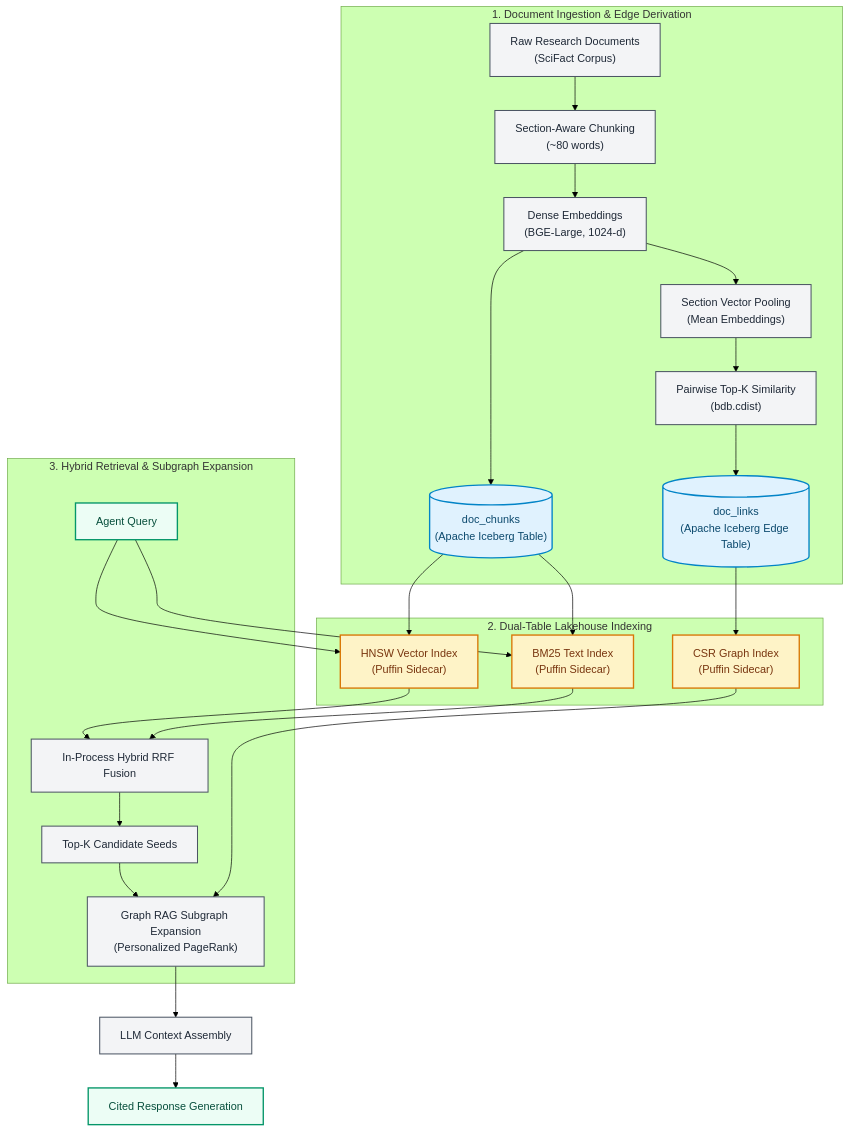
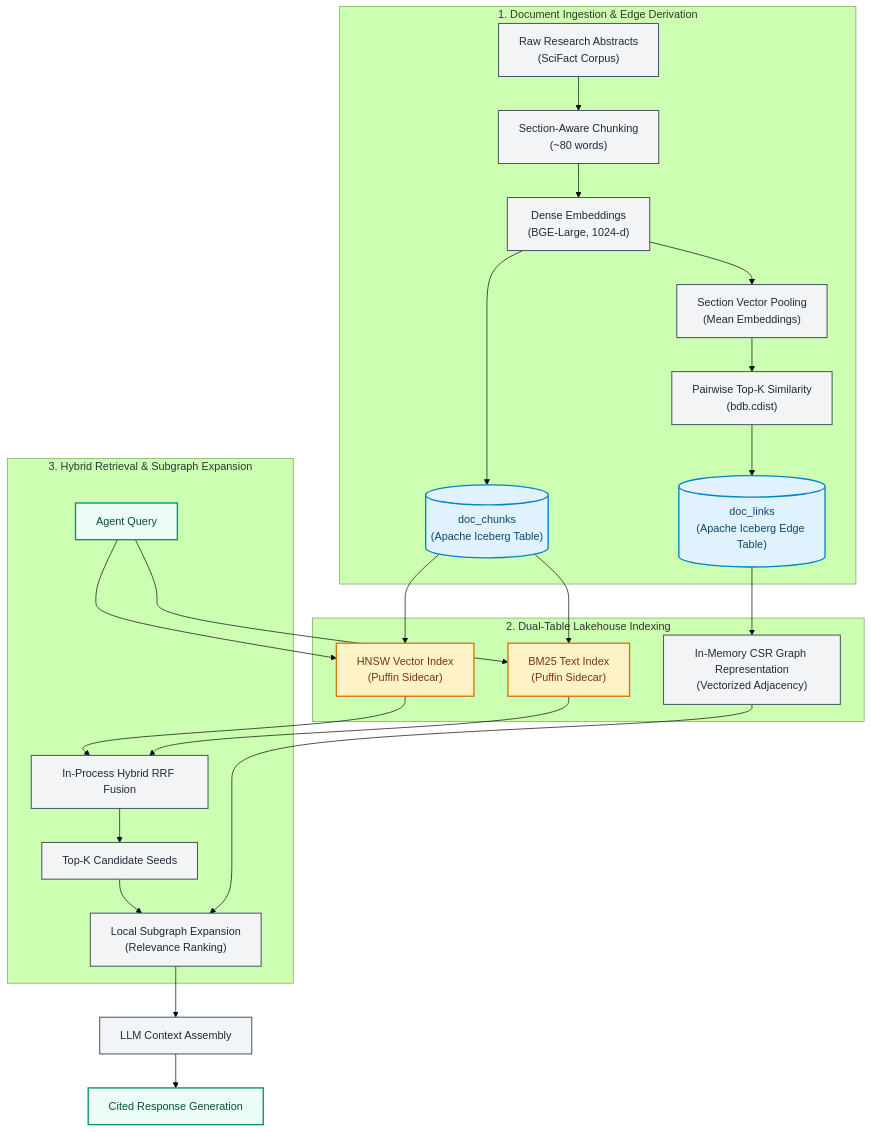
The diagram in blog/articles/2026-11-21_graph_rag_howto.md (benolabsai/benodb), drawn with Mermaid (forest theme) before and after one commit. The commit also changed other lines of this file and 3 other files, not shown here.

First line of the commit message:
docs: finalize Graph RAG tutorial and architecture series article 1

````diff
--- a/blog/articles/2026-11-21_graph_rag_howto.md
+++ b/blog/articles/2026-11-21_graph_rag_howto.md
@@ -1102,37 +1179,37 @@
 ```mermaid
 flowchart TD
     classDef table fill:#e0f2fe,stroke:#0284c7,stroke-width:2px,color:#0c4a6e;
     classDef sidecar fill:#fef3c7,stroke:#d97706,stroke-width:2px,color:#78350f;
     classDef compute fill:#f3f4f6,stroke:#4b5563,stroke-width:1.5px,color:#1f2937;
     classDef agent fill:#ecfdf5,stroke:#059669,stroke-width:2px,color:#064e3b;
 
     subgraph Ingestion ["1. Document Ingestion & Edge Derivation"]
-        A["Raw Research Documents<br/>(SciFact Corpus)"]:::compute --> B["Section-Aware Chunking<br/>(~80 words)"]:::compute
+        A["Raw Research Abstracts<br/>(SciFact Corpus)"]:::compute --> B["Section-Aware Chunking<br/>(~80 words)"]:::compute
         B --> C["Dense Embeddings<br/>(BGE-Large, 1024-d)"]:::compute
         C --> D[("doc_chunks<br/>(Apache Iceberg Table)")]:::table
         
         %% Edge Derivation
         C --> E1["Section Vector Pooling<br/>(Mean Embeddings)"]:::compute
         E1 --> E2["Pairwise Top-K Similarity<br/>(bdb.cdist)"]:::compute
         E2 --> E3[("doc_links<br/>(Apache Iceberg Edge Table)")]:::table
     end
     
     subgraph Indexing ["2. Dual-Table Lakehouse Indexing"]
         D --> F1["HNSW Vector Index<br/>(Puffin Sidecar)"]:::sidecar
         D --> F2["BM25 Text Index<br/>(Puffin Sidecar)"]:::sidecar
-        E3 --> G["CSR Graph Index<br/>(Puffin Sidecar)"]:::sidecar
+        E3 --> G["In-Memory CSR Graph Representation<br/>(Vectorized Adjacency)"]:::compute
     end
     
     subgraph Retrieval ["3. Hybrid Retrieval & Subgraph Expansion"]
         H["Agent Query"]:::agent --> F1
         H --> F2
         F1 --> I["In-Process Hybrid RRF Fusion"]:::compute
         F2 --> I
         I --> J["Top-K Candidate Seeds"]:::compute
-        J --> K["Graph RAG Subgraph Expansion<br/>(Personalized PageRank)"]:::compute
+        J --> K["Local Subgraph Expansion<br/>(Relevance Ranking)"]:::compute
         G --> K
     end
     
     K --> L["LLM Context Assembly"]:::compute
     L --> M["Cited Response Generation"]:::agent
 ```
````
